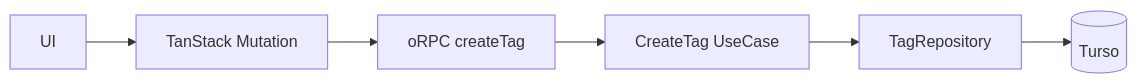
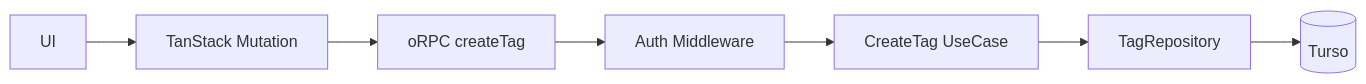
The fifth of 5 diagrams in docs/superpowers/specs/2026-08-22-application-architecture-evolution-design.md (koralle/pantry), drawn with Mermaid before and after one commit. The commit also changed other lines of this file, not shown here.

Commit message:
docs: refine RPC error boundaries and CreateTag migration

````diff
--- a/docs/superpowers/specs/2026-08-22-application-architecture-evolution-design.md
+++ b/docs/superpowers/specs/2026-08-22-application-architecture-evolution-design.md
@@ -339,15 +400,17 @@
 ```mermaid
 flowchart LR
   UI[UI]
   QUERY[TanStack Mutation]
   RPC[oRPC createTag]
+  AUTH[Auth Middleware]
   UC[CreateTag UseCase]
   REPO[TagRepository]
   DB[(Turso)]
 
   UI --> QUERY
   QUERY --> RPC
-  RPC --> UC
+  RPC --> AUTH
+  AUTH --> UC
   UC --> REPO
   REPO --> DB
 ```
````
